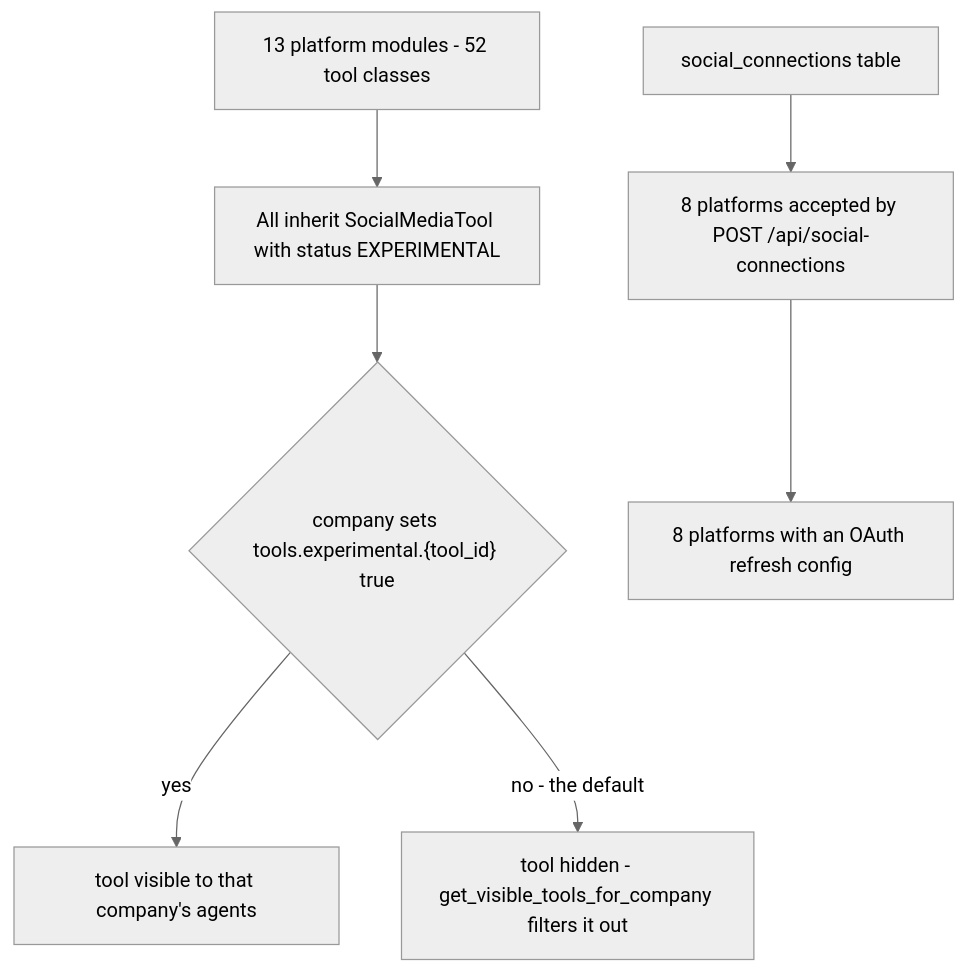
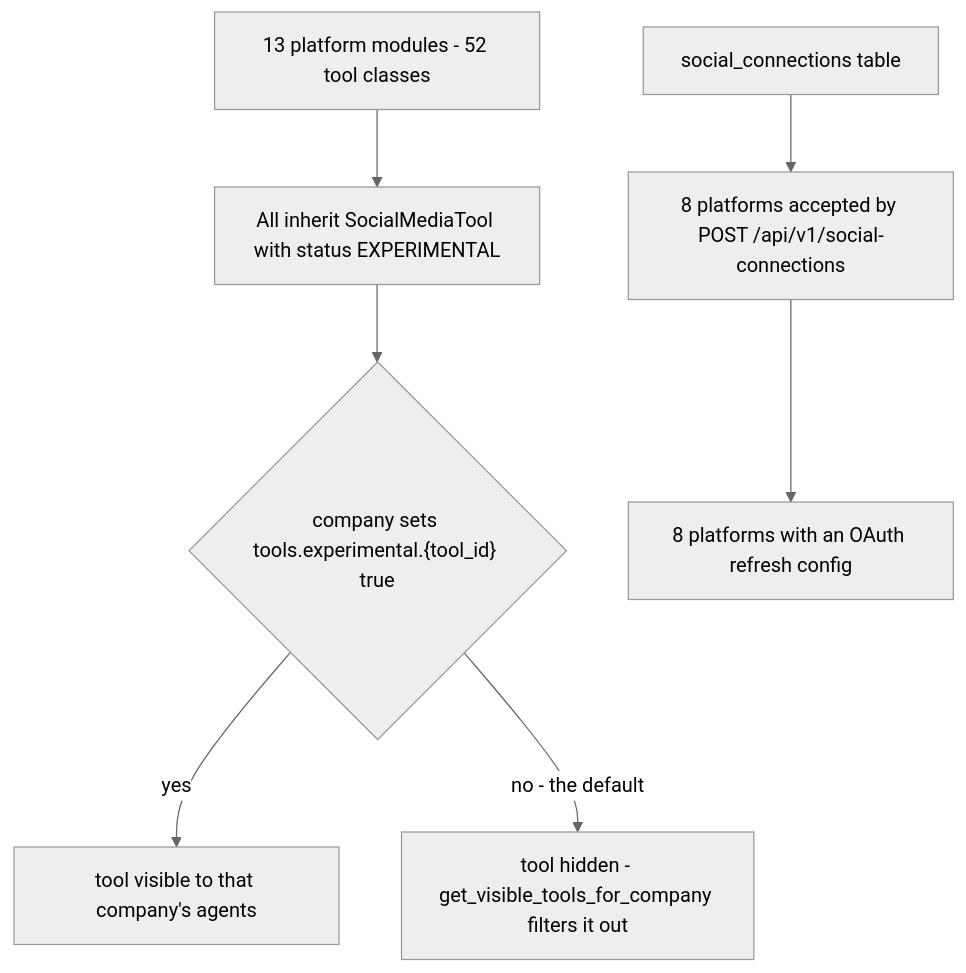
Before and after one commit to gondolerahul/hire-buddha-app: diagram 23 of 31 in docs/current/01-product-overview.md, drawn with Mermaid (neutral theme). The commit also changed other lines of this file and 6 other files, not shown here.

First line of the commit message:
fix(api): social connections are under /api/v1; the old path is an alias for one release (API-15, HD16)

````diff
--- a/docs/current/01-product-overview.md
+++ b/docs/current/01-product-overview.md
@@ -1245,17 +1245,17 @@
 ```mermaid
 flowchart TD
     M16["13 platform modules - 52 tool classes"]
     EXP["All inherit SocialMediaTool with status EXPERIMENTAL"]
     FLAG{"company sets tools.experimental.{tool_id} true"}
     VIS["tool visible to that company's agents"]
     HID["tool hidden - get_visible_tools_for_company filters it out"]
 
     CONN["social_connections table"]
-    V9["8 platforms accepted by POST /api/social-connections"]
+    V9["8 platforms accepted by POST /api/v1/social-connections"]
     R8["8 platforms with an OAuth refresh config"]
 
     M16 --> EXP --> FLAG
     FLAG -->|"yes"| VIS
     FLAG -->|"no - the default"| HID
     CONN --> V9 --> R8
 ```
````
